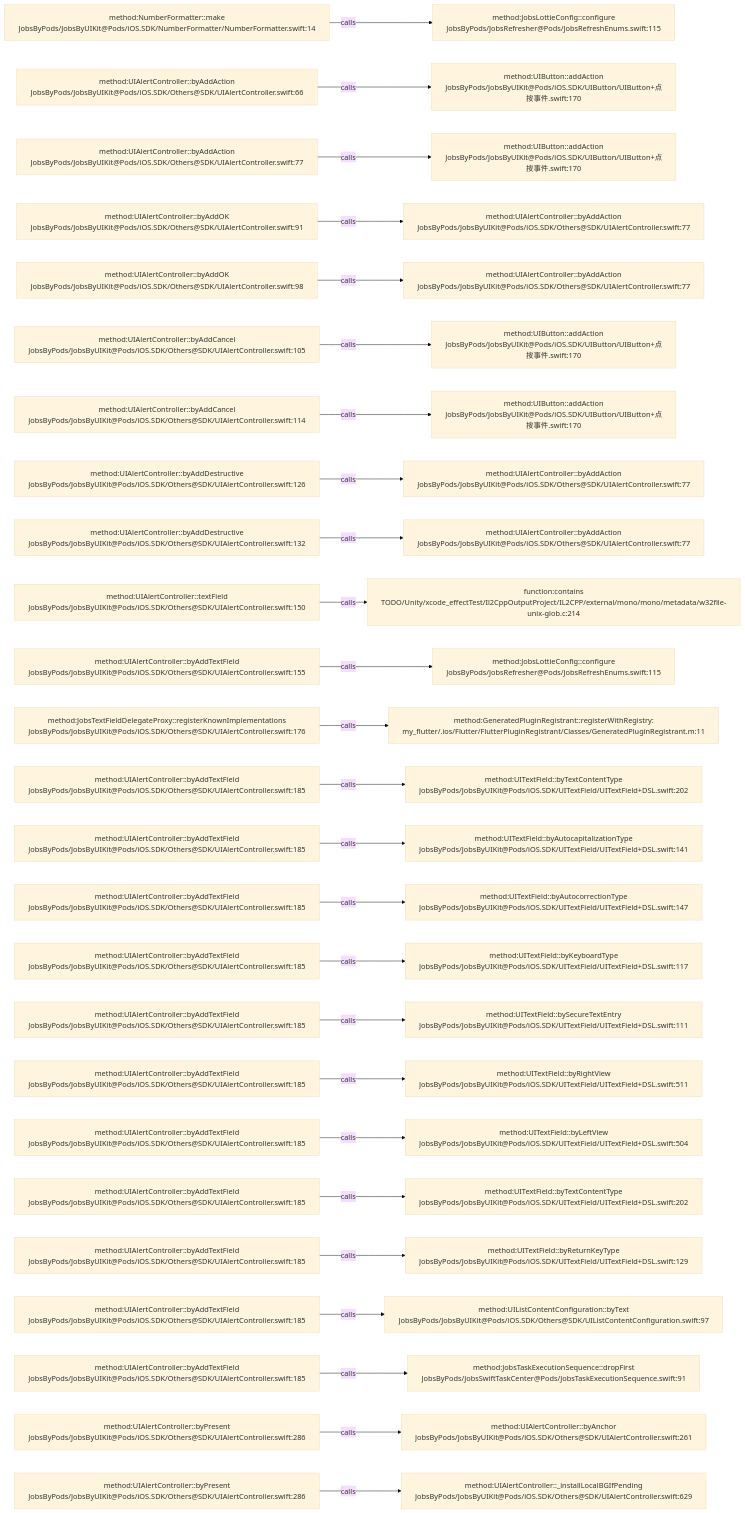
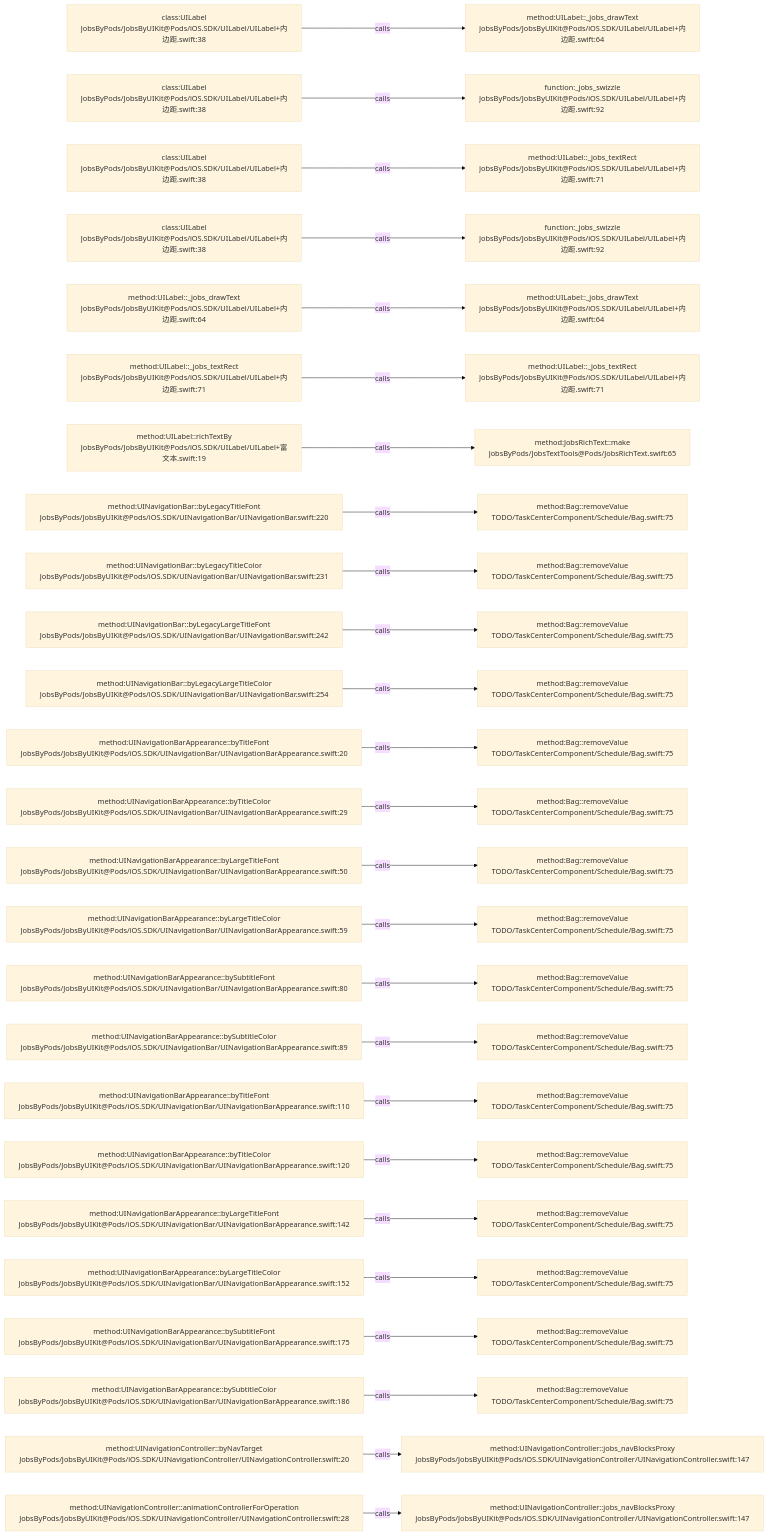
Before and after one commit to JobsKits/JobsSwiftBaseConfigDemo: the diagram in .codegraph/codegraph.md/graphs/calls-023.md, drawn with Mermaid (base theme). The commit also changed 569 other files, not shown here.

````diff
--- a/.codegraph/codegraph.md/graphs/calls-023.md
+++ b/.codegraph/codegraph.md/graphs/calls-023.md
@@ -13,78 +13,78 @@
 ```mermaid
 flowchart LR
-  S1["method:NumberFormatter::make<br/>JobsByPods/JobsByUIKit@Pods/iOS.SDK/NumberFormatter/NumberFormatter.swift:14"]
-  T1["method:JobsLottieConfig::configure<br/>JobsByPods/JobsRefresher@Pods/JobsRefreshEnums.swift:115"]
+  S1["class:UILabel<br/>JobsByPods/JobsByUIKit@Pods/iOS.SDK/UILabel/UILabel+内边距.swift:38"]
+  T1["method:UILabel::_jobs_drawText<br/>JobsByPods/JobsByUIKit@Pods/iOS.SDK/UILabel/UILabel+内边距.swift:64"]
   S1 -->|calls| T1
-  S2["method:UIAlertController::byAddAction<br/>JobsByPods/JobsByUIKit@Pods/iOS.SDK/Others@SDK/UIAlertController.swift:66"]
-  T2["method:UIButton::addAction<br/>JobsByPods/JobsByUIKit@Pods/iOS.SDK/UIButton/UIButton+点按事件.swift:170"]
+  S2["class:UILabel<br/>JobsByPods/JobsByUIKit@Pods/iOS.SDK/UILabel/UILabel+内边距.swift:38"]
+  T2["function:_jobs_swizzle<br/>JobsByPods/JobsByUIKit@Pods/iOS.SDK/UILabel/UILabel+内边距.swift:92"]
   S2 -->|calls| T2
-  S3["method:UIAlertController::byAddAction<br/>JobsByPods/JobsByUIKit@Pods/iOS.SDK/Others@SDK/UIAlertController.swift:77"]
-  T3["method:UIButton::addAction<br/>JobsByPods/JobsByUIKit@Pods/iOS.SDK/UIButton/UIButton+点按事件.swift:170"]
+  S3["class:UILabel<br/>JobsByPods/JobsByUIKit@Pods/iOS.SDK/UILabel/UILabel+内边距.swift:38"]
+  T3["method:UILabel::_jobs_textRect<br/>JobsByPods/JobsByUIKit@Pods/iOS.SDK/UILabel/UILabel+内边距.swift:71"]
   S3 -->|calls| T3
-  S4["method:UIAlertController::byAddOK<br/>JobsByPods/JobsByUIKit@Pods/iOS.SDK/Others@SDK/UIAlertController.swift:91"]
-  T4["method:UIAlertController::byAddAction<br/>JobsByPods/JobsByUIKit@Pods/iOS.SDK/Others@SDK/UIAlertController.swift:77"]
+  S4["class:UILabel<br/>JobsByPods/JobsByUIKit@Pods/iOS.SDK/UILabel/UILabel+内边距.swift:38"]
+  T4["function:_jobs_swizzle<br/>JobsByPods/JobsByUIKit@Pods/iOS.SDK/UILabel/UILabel+内边距.swift:92"]
   S4 -->|calls| T4
-  S5["method:UIAlertController::byAddOK<br/>JobsByPods/JobsByUIKit@Pods/iOS.SDK/Others@SDK/UIAlertController.swift:98"]
-  T5["method:UIAlertController::byAddAction<br/>JobsByPods/JobsByUIKit@Pods/iOS.SDK/Others@SDK/UIAlertController.swift:77"]
+  S5["method:UILabel::_jobs_drawText<br/>JobsByPods/JobsByUIKit@Pods/iOS.SDK/UILabel/UILabel+内边距.swift:64"]
+  T5["method:UILabel::_jobs_drawText<br/>JobsByPods/JobsByUIKit@Pods/iOS.SDK/UILabel/UILabel+内边距.swift:64"]
   S5 -->|calls| T5
-  S6["method:UIAlertController::byAddCancel<br/>JobsByPods/JobsByUIKit@Pods/iOS.SDK/Others@SDK/UIAlertController.swift:105"]
-  T6["method:UIButton::addAction<br/>JobsByPods/JobsByUIKit@Pods/iOS.SDK/UIButton/UIButton+点按事件.swift:170"]
+  S6["method:UILabel::_jobs_textRect<br/>JobsByPods/JobsByUIKit@Pods/iOS.SDK/UILabel/UILabel+内边距.swift:71"]
+  T6["method:UILabel::_jobs_textRect<br/>JobsByPods/JobsByUIKit@Pods/iOS.SDK/UILabel/UILabel+内边距.swift:71"]
   S6 -->|calls| T6
-  S7["method:UIAlertController::byAddCancel<br/>JobsByPods/JobsByUIKit@Pods/iOS.SDK/Others@SDK/UIAlertController.swift:114"]
-  T7["method:UIButton::addAction<br/>JobsByPods/JobsByUIKit@Pods/iOS.SDK/UIButton/UIButton+点按事件.swift:170"]
+  S7["method:UILabel::richTextBy<br/>JobsByPods/JobsByUIKit@Pods/iOS.SDK/UILabel/UILabel+富文本.swift:19"]
+  T7["method:JobsRichText::make<br/>JobsByPods/JobsTextTools@Pods/JobsRichText.swift:65"]
   S7 -->|calls| T7
-  S8["method:UIAlertController::byAddDestructive<br/>JobsByPods/JobsByUIKit@Pods/iOS.SDK/Others@SDK/UIAlertController.swift:126"]
-  T8["method:UIAlertController::byAddAction<br/>JobsByPods/JobsByUIKit@Pods/iOS.SDK/Others@SDK/UIAlertController.swift:77"]
+  S8["method:UINavigationBar::byLegacyTitleFont<br/>JobsByPods/JobsByUIKit@Pods/iOS.SDK/UINavigationBar/UINavigationBar.swift:220"]
+  T8["method:Bag::removeValue<br/>TODO/TaskCenterComponent/Schedule/Bag.swift:75"]
   S8 -->|calls| T8
-  S9["method:UIAlertController::byAddDestructive<br/>JobsByPods/JobsByUIKit@Pods/iOS.SDK/Others@SDK/UIAlertController.swift:132"]
-  T9["method:UIAlertController::byAddAction<br/>JobsByPods/JobsByUIKit@Pods/iOS.SDK/Others@SDK/UIAlertController.swift:77"]
+  S9["method:UINavigationBar::byLegacyTitleColor<br/>JobsByPods/JobsByUIKit@Pods/iOS.SDK/UINavigationBar/UINavigationBar.swift:231"]
+  T9["method:Bag::removeValue<br/>TODO/TaskCenterComponent/Schedule/Bag.swift:75"]
   S9 -->|calls| T9
-  S10["method:UIAlertController::textField<br/>JobsByPods/JobsByUIKit@Pods/iOS.SDK/Others@SDK/UIAlertController.swift:150"]
-  T10["function:contains<br/>TODO/Unity/xcode_effectTest/Il2CppOutputProject/IL2CPP/external/mono/mono/metadata/w32file-unix-glob.c:214"]
+  S10["method:UINavigationBar::byLegacyLargeTitleFont<br/>JobsByPods/JobsByUIKit@Pods/iOS.SDK/UINavigationBar/UINavigationBar.swift:242"]
+  T10["method:Bag::removeValue<br/>TODO/TaskCenterComponent/Schedule/Bag.swift:75"]
   S10 -->|calls| T10
-  S11["method:UIAlertController::byAddTextField<br/>JobsByPods/JobsByUIKit@Pods/iOS.SDK/Others@SDK/UIAlertController.swift:155"]
-  T11["method:JobsLottieConfig::configure<br/>JobsByPods/JobsRefresher@Pods/JobsRefreshEnums.swift:115"]
+  S11["method:UINavigationBar::byLegacyLargeTitleColor<br/>JobsByPods/JobsByUIKit@Pods/iOS.SDK/UINavigationBar/UINavigationBar.swift:254"]
+  T11["method:Bag::removeValue<br/>TODO/TaskCenterComponent/Schedule/Bag.swift:75"]
   S11 -->|calls| T11
-  S12["method:JobsTextFieldDelegateProxy::registerKnownImplementations<br/>JobsByPods/JobsByUIKit@Pods/iOS.SDK/Others@SDK/UIAlertController.swift:176"]
-  T12["method:GeneratedPluginRegistrant::registerWithRegistry:<br/>my_flutter/.ios/Flutter/FlutterPluginRegistrant/Classes/GeneratedPluginRegistrant.m:11"]
+  S12["method:UINavigationBarAppearance::byTitleFont<br/>JobsByPods/JobsByUIKit@Pods/iOS.SDK/UINavigationBar/UINavigationBarAppearance.swift:20"]
+  T12["method:Bag::removeValue<br/>TODO/TaskCenterComponent/Schedule/Bag.swift:75"]
   S12 -->|calls| T12
-  S13["method:UIAlertController::byAddTextField<br/>JobsByPods/JobsByUIKit@Pods/iOS.SDK/Others@SDK/UIAlertController.swift:185"]
-  T13["method:UITextField::byTextContentType<br/>JobsByPods/JobsByUIKit@Pods/iOS.SDK/UITextField/UITextField+DSL.swift:202"]
+  S13["method:UINavigationBarAppearance::byTitleColor<br/>JobsByPods/JobsByUIKit@Pods/iOS.SDK/UINavigationBar/UINavigationBarAppearance.swift:29"]
+  T13["method:Bag::removeValue<br/>TODO/TaskCenterComponent/Schedule/Bag.swift:75"]
   S13 -->|calls| T13
-  S14["method:UIAlertController::byAddTextField<br/>JobsByPods/JobsByUIKit@Pods/iOS.SDK/Others@SDK/UIAlertController.swift:185"]
-  T14["method:UITextField::byAutocapitalizationType<br/>JobsByPods/JobsByUIKit@Pods/iOS.SDK/UITextField/UITextField+DSL.swift:141"]
+  S14["method:UINavigationBarAppearance::byLargeTitleFont<br/>JobsByPods/JobsByUIKit@Pods/iOS.SDK/UINavigationBar/UINavigationBarAppearance.swift:50"]
+  T14["method:Bag::removeValue<br/>TODO/TaskCenterComponent/Schedule/Bag.swift:75"]
   S14 -->|calls| T14
-  S15["method:UIAlertController::byAddTextField<br/>JobsByPods/JobsByUIKit@Pods/iOS.SDK/Others@SDK/UIAlertController.swift:185"]
-  T15["method:UITextField::byAutocorrectionType<br/>JobsByPods/JobsByUIKit@Pods/iOS.SDK/UITextField/UITextField+DSL.swift:147"]
+  S15["method:UINavigationBarAppearance::byLargeTitleColor<br/>JobsByPods/JobsByUIKit@Pods/iOS.SDK/UINavigationBar/UINavigationBarAppearance.swift:59"]
+  T15["method:Bag::removeValue<br/>TODO/TaskCenterComponent/Schedule/Bag.swift:75"]
   S15 -->|calls| T15
-  S16["method:UIAlertController::byAddTextField<br/>JobsByPods/JobsByUIKit@Pods/iOS.SDK/Others@SDK/UIAlertController.swift:185"]
-  T16["method:UITextField::byKeyboardType<br/>JobsByPods/JobsByUIKit@Pods/iOS.SDK/UITextField/UITextField+DSL.swift:117"]
+  S16["method:UINavigationBarAppearance::bySubtitleFont<br/>JobsByPods/JobsByUIKit@Pods/iOS.SDK/UINavigationBar/UINavigationBarAppearance.swift:80"]
+  T16["method:Bag::removeValue<br/>TODO/TaskCenterComponent/Schedule/Bag.swift:75"]
   S16 -->|calls| T16
-  S17["method:UIAlertController::byAddTextField<br/>JobsByPods/JobsByUIKit@Pods/iOS.SDK/Others@SDK/UIAlertController.swift:185"]
-  T17["method:UITextField::bySecureTextEntry<br/>JobsByPods/JobsByUIKit@Pods/iOS.SDK/UITextField/UITextField+DSL.swift:111"]
+  S17["method:UINavigationBarAppearance::bySubtitleColor<br/>JobsByPods/JobsByUIKit@Pods/iOS.SDK/UINavigationBar/UINavigationBarAppearance.swift:89"]
+  T17["method:Bag::removeValue<br/>TODO/TaskCenterComponent/Schedule/Bag.swift:75"]
   S17 -->|calls| T17
-  S18["method:UIAlertController::byAddTextField<br/>JobsByPods/JobsByUIKit@Pods/iOS.SDK/Others@SDK/UIAlertController.swift:185"]
-  T18["method:UITextField::byRightView<br/>JobsByPods/JobsByUIKit@Pods/iOS.SDK/UITextField/UITextField+DSL.swift:511"]
+  S18["method:UINavigationBarAppearance::byTitleFont<br/>JobsByPods/JobsByUIKit@Pods/iOS.SDK/UINavigationBar/UINavigationBarAppearance.swift:110"]
+  T18["method:Bag::removeValue<br/>TODO/TaskCenterComponent/Schedule/Bag.swift:75"]
   S18 -->|calls| T18
-  S19["method:UIAlertController::byAddTextField<br/>JobsByPods/JobsByUIKit@Pods/iOS.SDK/Others@SDK/UIAlertController.swift:185"]
-  T19["method:UITextField::byLeftView<br/>JobsByPods/JobsByUIKit@Pods/iOS.SDK/UITextField/UITextField+DSL.swift:504"]
+  S19["method:UINavigationBarAppearance::byTitleColor<br/>JobsByPods/JobsByUIKit@Pods/iOS.SDK/UINavigationBar/UINavigationBarAppearance.swift:120"]
+  T19["method:Bag::removeValue<br/>TODO/TaskCenterComponent/Schedule/Bag.swift:75"]
   S19 -->|calls| T19
-  S20["method:UIAlertController::byAddTextField<br/>JobsByPods/JobsByUIKit@Pods/iOS.SDK/Others@SDK/UIAlertController.swift:185"]
-  T20["method:UITextField::byTextContentType<br/>JobsByPods/JobsByUIKit@Pods/iOS.SDK/UITextField/UITextField+DSL.swift:202"]
+  S20["method:UINavigationBarAppearance::byLargeTitleFont<br/>JobsByPods/JobsByUIKit@Pods/iOS.SDK/UINavigationBar/UINavigationBarAppearance.swift:142"]
+  T20["method:Bag::removeValue<br/>TODO/TaskCenterComponent/Schedule/Bag.swift:75"]
   S20 -->|calls| T20
-  S21["method:UIAlertController::byAddTextField<br/>JobsByPods/JobsByUIKit@Pods/iOS.SDK/Others@SDK/UIAlertController.swift:185"]
-  T21["method:UITextField::byReturnKeyType<br/>JobsByPods/JobsByUIKit@Pods/iOS.SDK/UITextField/UITextField+DSL.swift:129"]
+  S21["method:UINavigationBarAppearance::byLargeTitleColor<br/>JobsByPods/JobsByUIKit@Pods/iOS.SDK/UINavigationBar/UINavigationBarAppearance.swift:152"]
+  T21["method:Bag::removeValue<br/>TODO/TaskCenterComponent/Schedule/Bag.swift:75"]
   S21 -->|calls| T21
-  S22["method:UIAlertController::byAddTextField<br/>JobsByPods/JobsByUIKit@Pods/iOS.SDK/Others@SDK/UIAlertController.swift:185"]
-  T22["method:UIListContentConfiguration::byText<br/>JobsByPods/JobsByUIKit@Pods/iOS.SDK/Others@SDK/UIListContentConfiguration.swift:97"]
+  S22["method:UINavigationBarAppearance::bySubtitleFont<br/>JobsByPods/JobsByUIKit@Pods/iOS.SDK/UINavigationBar/UINavigationBarAppearance.swift:175"]
+  T22["method:Bag::removeValue<br/>TODO/TaskCenterComponent/Schedule/Bag.swift:75"]
   S22 -->|calls| T22
-  S23["method:UIAlertController::byAddTextField<br/>JobsByPods/JobsByUIKit@Pods/iOS.SDK/Others@SDK/UIAlertController.swift:185"]
-  T23["method:JobsTaskExecutionSequence::dropFirst<br/>JobsByPods/JobsSwiftTaskCenter@Pods/JobsTaskExecutionSequence.swift:91"]
+  S23["method:UINavigationBarAppearance::bySubtitleColor<br/>JobsByPods/JobsByUIKit@Pods/iOS.SDK/UINavigationBar/UINavigationBarAppearance.swift:186"]
+  T23["method:Bag::removeValue<br/>TODO/TaskCenterComponent/Schedule/Bag.swift:75"]
   S23 -->|calls| T23
-  S24["method:UIAlertController::byPresent<br/>JobsByPods/JobsByUIKit@Pods/iOS.SDK/Others@SDK/UIAlertController.swift:286"]
-  T24["method:UIAlertController::byAnchor<br/>JobsByPods/JobsByUIKit@Pods/iOS.SDK/Others@SDK/UIAlertController.swift:261"]
+  S24["method:UINavigationController::byNavTarget<br/>JobsByPods/JobsByUIKit@Pods/iOS.SDK/UINavigationController/UINavigationController.swift:20"]
+  T24["method:UINavigationController::jobs_navBlocksProxy<br/>JobsByPods/JobsByUIKit@Pods/iOS.SDK/UINavigationController/UINavigationController.swift:147"]
   S24 -->|calls| T24
-  S25["method:UIAlertController::byPresent<br/>JobsByPods/JobsByUIKit@Pods/iOS.SDK/Others@SDK/UIAlertController.swift:286"]
-  T25["method:UIAlertController::_installLocalBGIfPending<br/>JobsByPods/JobsByUIKit@Pods/iOS.SDK/Others@SDK/UIAlertController.swift:629"]
+  S25["method:UINavigationController::animationControllerForOperation<br/>JobsByPods/JobsByUIKit@Pods/iOS.SDK/UINavigationController/UINavigationController.swift:28"]
+  T25["method:UINavigationController::jobs_navBlocksProxy<br/>JobsByPods/JobsByUIKit@Pods/iOS.SDK/UINavigationController/UINavigationController.swift:147"]
   S25 -->|calls| T25
 ```
````
